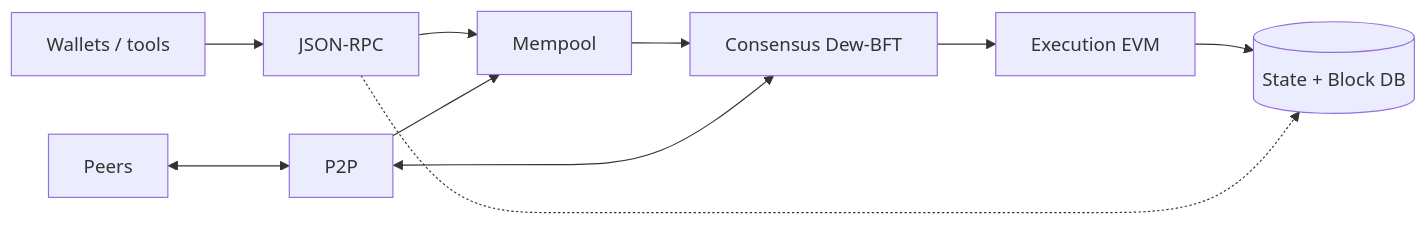
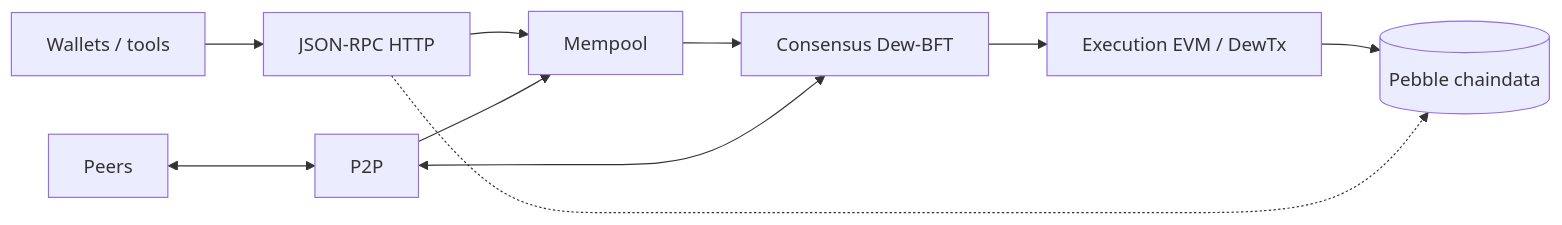
Before and after one commit to dewnetwork/dew: the first of 4 diagrams in docs/architecture/overview.md, drawn with Mermaid. The commit also changed other lines of this file and 51 other files, not shown here.

````diff
--- a/docs/architecture/overview.md
+++ b/docs/architecture/overview.md
@@ -24,12 +24,12 @@
 ```mermaid
 flowchart LR
-  W[Wallets / tools] --> RPC[JSON-RPC]
+  W[Wallets / tools] --> RPC[JSON-RPC HTTP]
   Peers[Peers] <--> P2P[P2P]
   RPC --> MP[Mempool]
   P2P --> MP
   MP --> C[Consensus Dew-BFT]
-  C --> EX[Execution EVM]
-  EX --> DB[(State + Block DB)]
+  C --> EX[Execution EVM / DewTx]
+  EX --> DB[(Pebble chaindata)]
   P2P <--> C
   RPC -.-> DB
 ```
````
